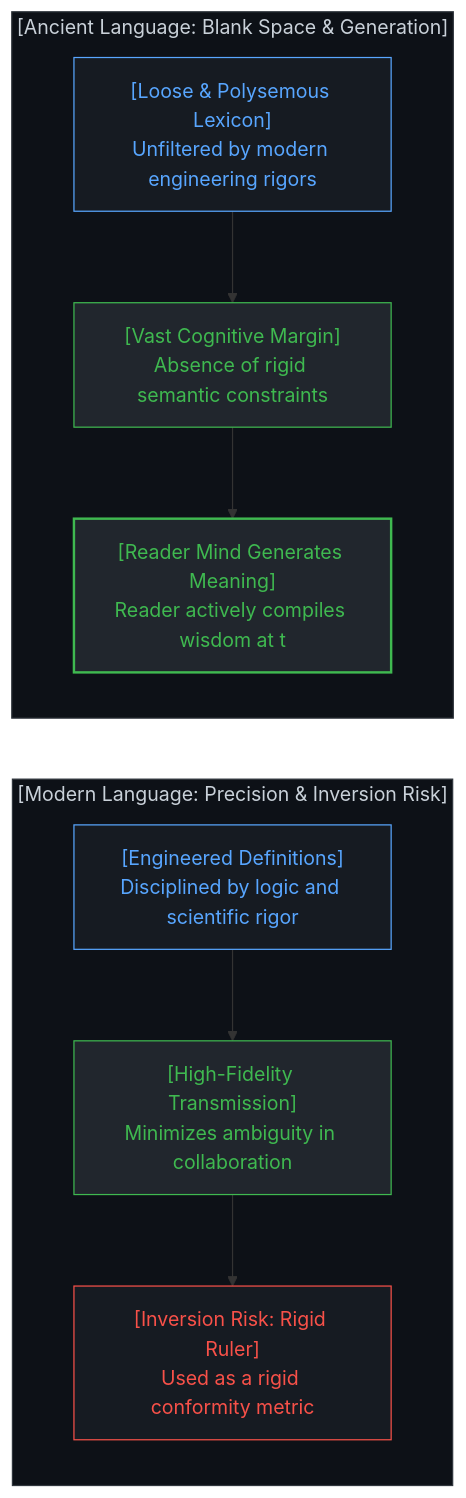
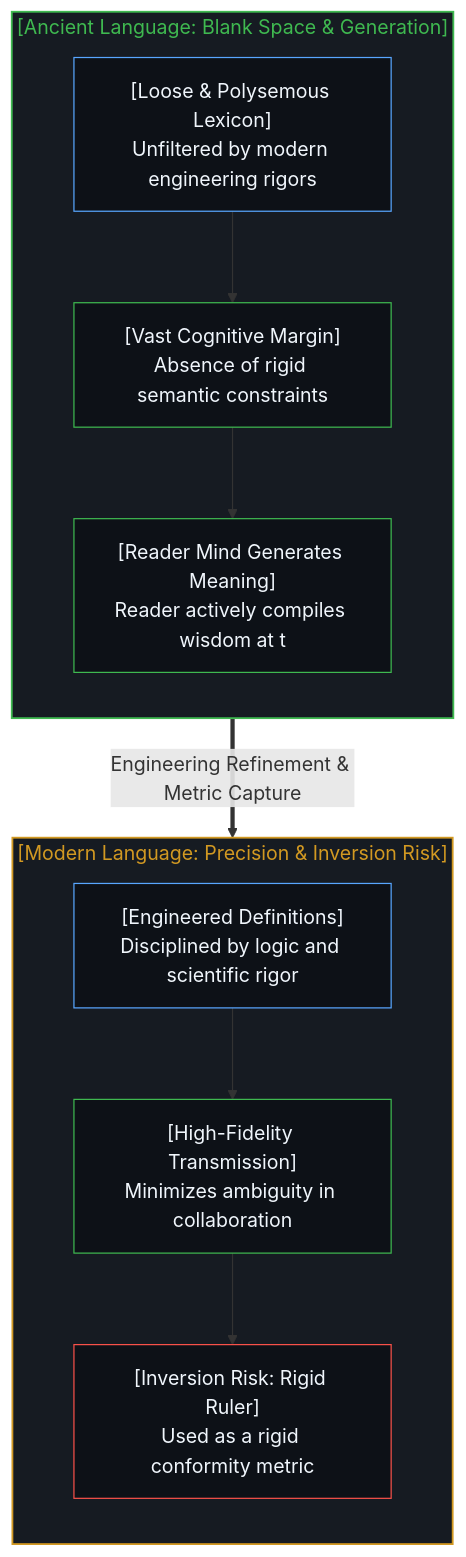
The sixth of 16 diagrams in content/posts/the-dissolution-of-the-great-reversal.md (powerpig99/not-a-toe), drawn with Mermaid before and after one commit. The commit also changed other lines of this file and 11 other files, not shown here.

````diff
--- a/content/posts/the-dissolution-of-the-great-reversal.md
+++ b/content/posts/the-dissolution-of-the-great-reversal.md
@@ -262,31 +223,31 @@
 ```mermaid
-graph TD
-    subgraph AncientSpace["[Ancient Language: Blank Space & Generation]"]
+flowchart TD
+    subgraph S_Ancient["[Ancient Language: Blank Space & Generation]"]
         direction TB
-        AncientLexicon["[Loose & Polysemous Lexicon]<br>Unfiltered by modern engineering rigors"]
-        CognitiveMargin["[Vast Cognitive Margin]<br>Absence of rigid semantic constraints"]
-        ReaderGeneration["[Reader Mind Generates Meaning]<br>Reader actively compiles wisdom at t"]
+        AncientLexicon["[Loose & Polysemous Lexicon]<br/>Unfiltered by modern engineering rigors"]
+        CognitiveMargin["[Vast Cognitive Margin]<br/>Absence of rigid semantic constraints"]
+        ReaderGeneration["[Reader Mind Generates Meaning]<br/>Reader actively compiles wisdom at t"]
         AncientLexicon --> CognitiveMargin
         CognitiveMargin --> ReaderGeneration
     end
 
-    subgraph ModernPrecision["[Modern Language: Precision & Inversion Risk]"]
+    S_Ancient ==>|"Engineering Refinement & Metric Capture"| S_Modern
+
+    subgraph S_Modern["[Modern Language: Precision & Inversion Risk]"]
         direction TB
-        PreciseDefinitions["[Engineered Definitions]<br>Disciplined by logic and scientific rigor"]
-        HighFidelity["[High-Fidelity Transmission]<br>Minimizes ambiguity in collaboration"]
-        OrthodoxyRisk["[Inversion Risk: Rigid Ruler]<br>Used as a rigid conformity metric"]
+        PreciseDefinitions["[Engineered Definitions]<br/>Disciplined by logic and scientific rigor"]
+        HighFidelity["[High-Fidelity Transmission]<br/>Minimizes ambiguity in collaboration"]
+        OrthodoxyRisk["[Inversion Risk: Rigid Ruler]<br/>Used as a rigid conformity metric"]
         PreciseDefinitions --> HighFidelity
         HighFidelity --> OrthodoxyRisk
     end
 
-    ReaderGeneration ~~~ PreciseDefinitions
-
-    style AncientSpace fill:#0d1117,stroke:#30363d,stroke-width:1px,color:#c9d1d9
-    style AncientLexicon fill:#161b22,stroke:#58a6ff,stroke-width:1px,color:#58a6ff
-    style CognitiveMargin fill:#21262d,stroke:#3fb950,stroke-width:1px,color:#3fb950
-    style ReaderGeneration fill:#21262d,stroke:#3fb950,stroke-width:2px,color:#3fb950
-    style ModernPrecision fill:#0d1117,stroke:#30363d,stroke-width:1px,color:#c9d1d9
-    style PreciseDefinitions fill:#161b22,stroke:#58a6ff,stroke-width:1px,color:#58a6ff
-    style HighFidelity fill:#21262d,stroke:#3fb950,stroke-width:1px,color:#3fb950
-    style OrthodoxyRisk fill:#161b22,stroke:#f85149,stroke-width:1px,color:#f85149
+    style S_Ancient fill:#161b22,stroke:#3fb950,stroke-width:1.5px,color:#3fb950
+    style S_Modern fill:#161b22,stroke:#d29922,stroke-width:1.5px,color:#d29922
+    style AncientLexicon fill:#0d1117,stroke:#58a6ff,stroke-width:1px,color:#f0f6fc
+    style CognitiveMargin fill:#0d1117,stroke:#3fb950,stroke-width:1px,color:#f0f6fc
+    style ReaderGeneration fill:#0d1117,stroke:#3fb950,stroke-width:1px,color:#f0f6fc
+    style PreciseDefinitions fill:#0d1117,stroke:#58a6ff,stroke-width:1px,color:#f0f6fc
+    style HighFidelity fill:#0d1117,stroke:#3fb950,stroke-width:1px,color:#f0f6fc
+    style OrthodoxyRisk fill:#0d1117,stroke:#f85149,stroke-width:1px,color:#f0f6fc
 ```
````
